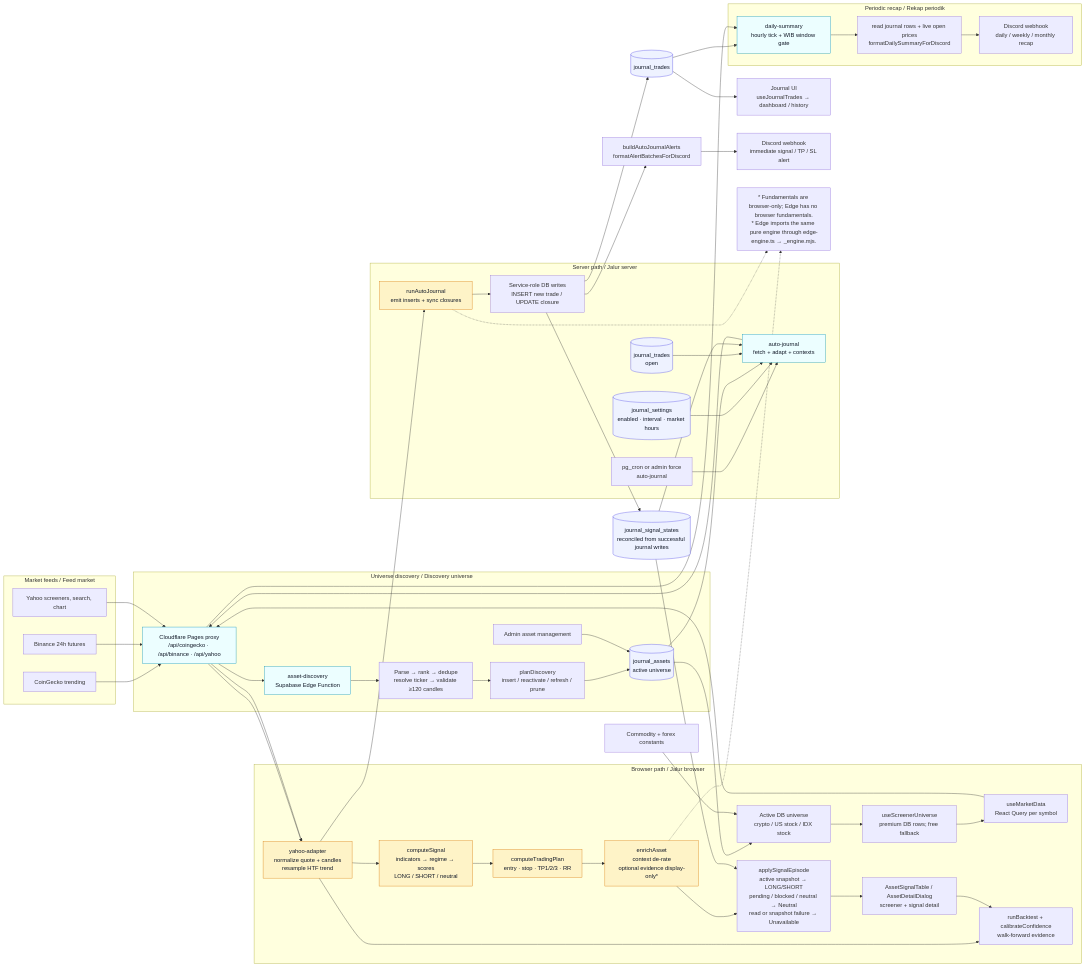
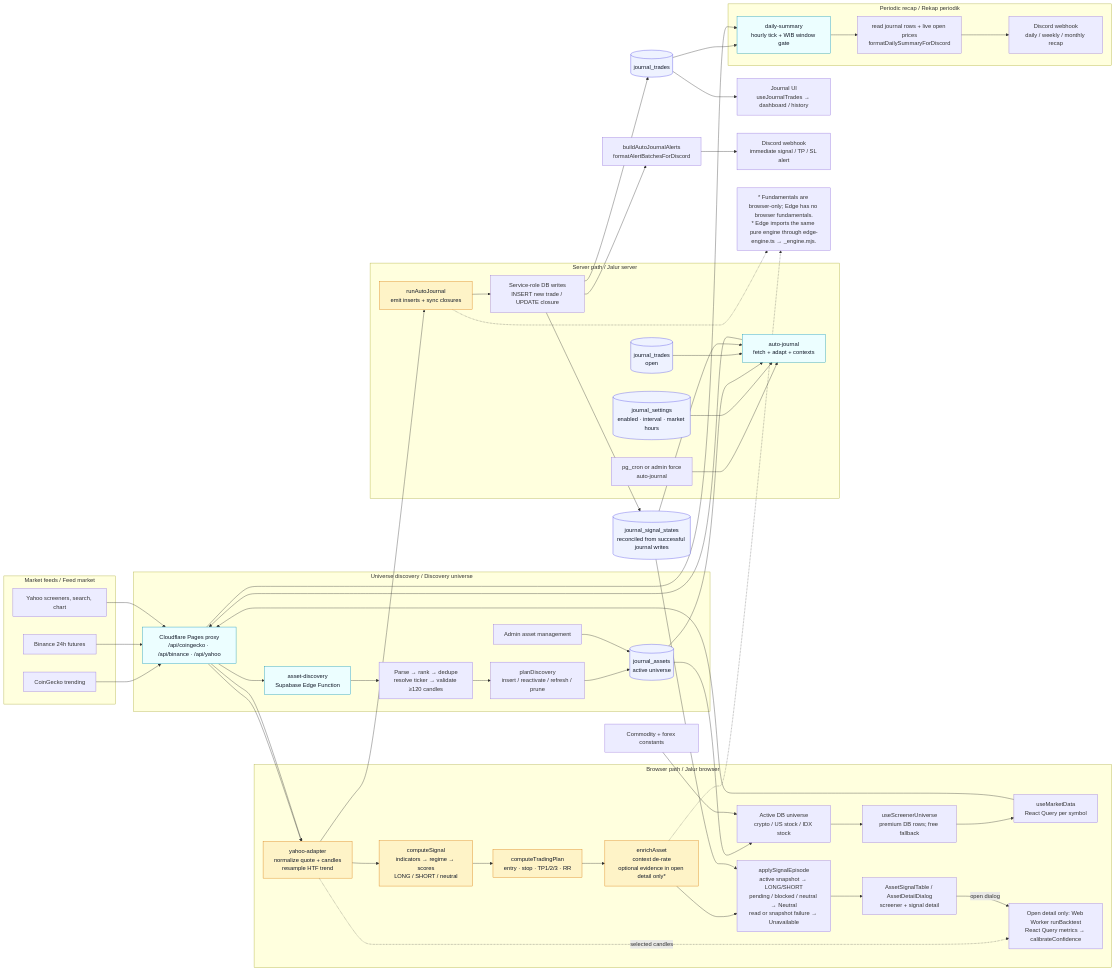
Before and after one commit to nail-nafir/react-rabalaba: the first of 3 diagrams in docs/tsd/08-core-signal-flow-diagrams.md, drawn with Mermaid. The commit also changed other lines of this file and 126 other files, not shown here.

```diff
--- a/docs/tsd/08-core-signal-flow-diagrams.md
+++ b/docs/tsd/08-core-signal-flow-diagrams.md
@@ -50,16 +50,16 @@
     BA["yahoo-adapter\nnormalize quote + candles\nresample HTF trend"]
     SIG["computeSignal\nindicators → regime → scores\nLONG / SHORT / neutral"]
     TP["computeTradingPlan\nentry · stop · TP1/2/3 · RR"]
-    EN["enrichAsset\ncontext de-rate\noptional evidence display-only*"]
+    EN["enrichAsset\ncontext de-rate\noptional evidence in open detail only*"]
     PUB["applySignalEpisode\nactive snapshot → LONG/SHORT\npending / blocked / neutral → Neutral\nread or snapshot failure → Unavailable"]
     UI["AssetSignalTable / AssetDetailDialog\nscreener + signal detail"]
-    BT["runBacktest + calibrateConfidence\nwalk-forward evidence"]
+    BT["Open detail only: Web Worker runBacktest\nReact Query metrics → calibrateConfidence"]
 
     U --> SU --> MQ --> PROXY
     PROXY --> BA --> SIG
     SIG --> TP --> EN --> PUB --> UI
-    BA --> BT
-    UI --> BT
+    BA -. selected candles .-> BT
+    UI -- open dialog --> BT
   end
 
   subgraph SERVER["Server path / Jalur server"]
```
